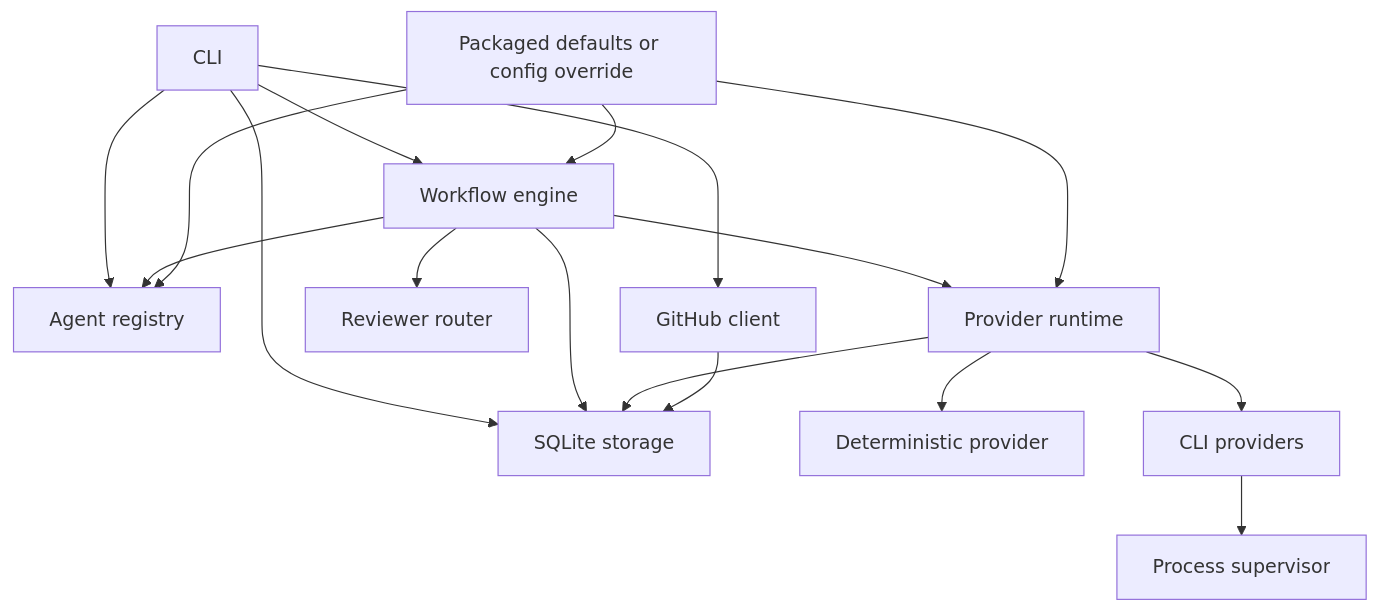
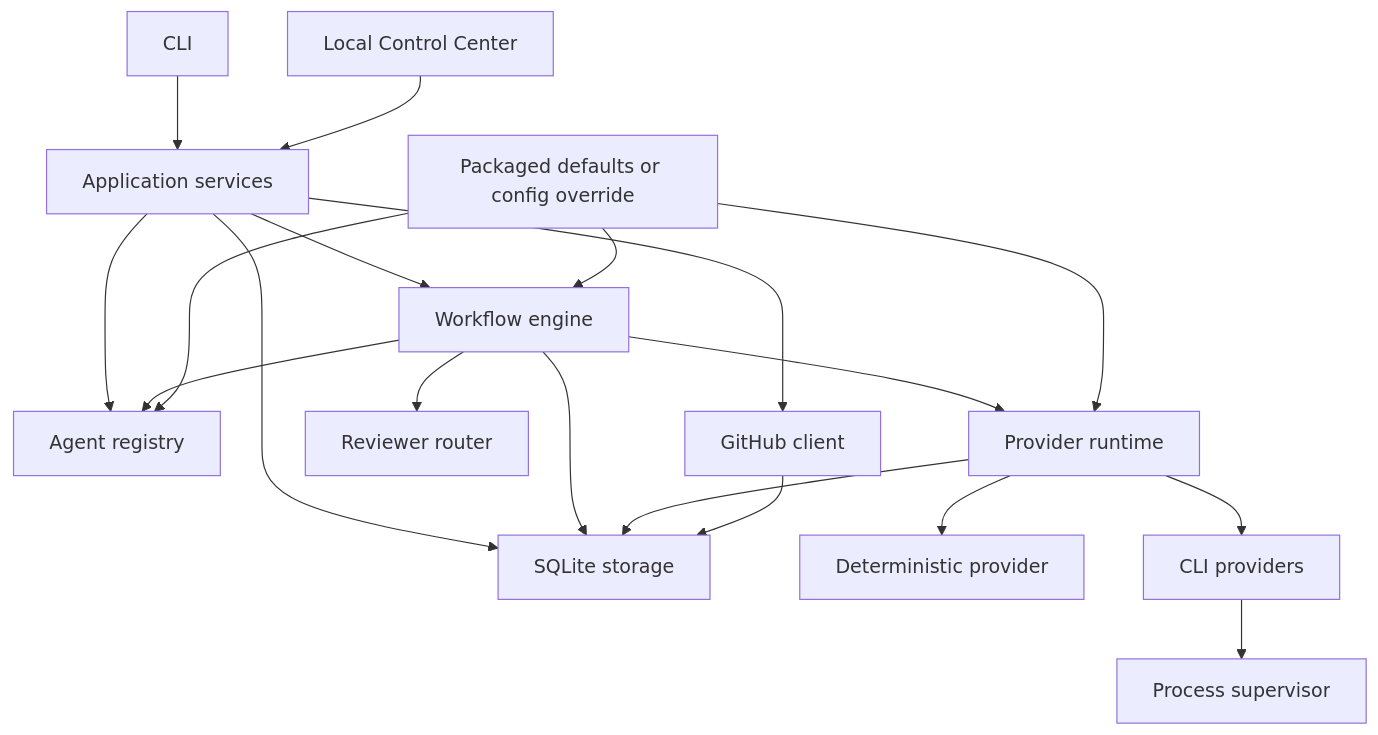
Before and after one commit to HappyMiha/AgentFactory: the first of 2 diagrams in docs/architecture.md, drawn with Mermaid. The commit also changed other lines of this file and 6 other files, not shown here.

````diff
--- a/docs/architecture.md
+++ b/docs/architecture.md
@@ -17,19 +17,21 @@
 ```mermaid
 flowchart TB
-    CLI["CLI"] --> REG["Agent registry"]
-    CLI --> WF["Workflow engine"]
-    CLI --> GH["GitHub client"]
-    CLI --> DB["SQLite storage"]
+    CLI["CLI"] --> APP["Application services"]
+    WEB["Local Control Center"] --> APP
+    APP --> REG["Agent registry"]
+    APP --> WF["Workflow engine"]
+    APP --> GH["GitHub client"]
+    APP --> DB["SQLite storage"]
     WF --> REG
     WF --> RR["Reviewer router"]
     WF --> RT["Provider runtime"]
     RT --> DET["Deterministic provider"]
     RT --> CP["CLI providers"]
     CP --> SUP["Process supervisor"]
     WF --> DB
     RT --> DB
     GH --> DB
     CFG["Packaged defaults or config override"] --> REG
     CFG --> WF
     CFG --> RT
 ```
````
